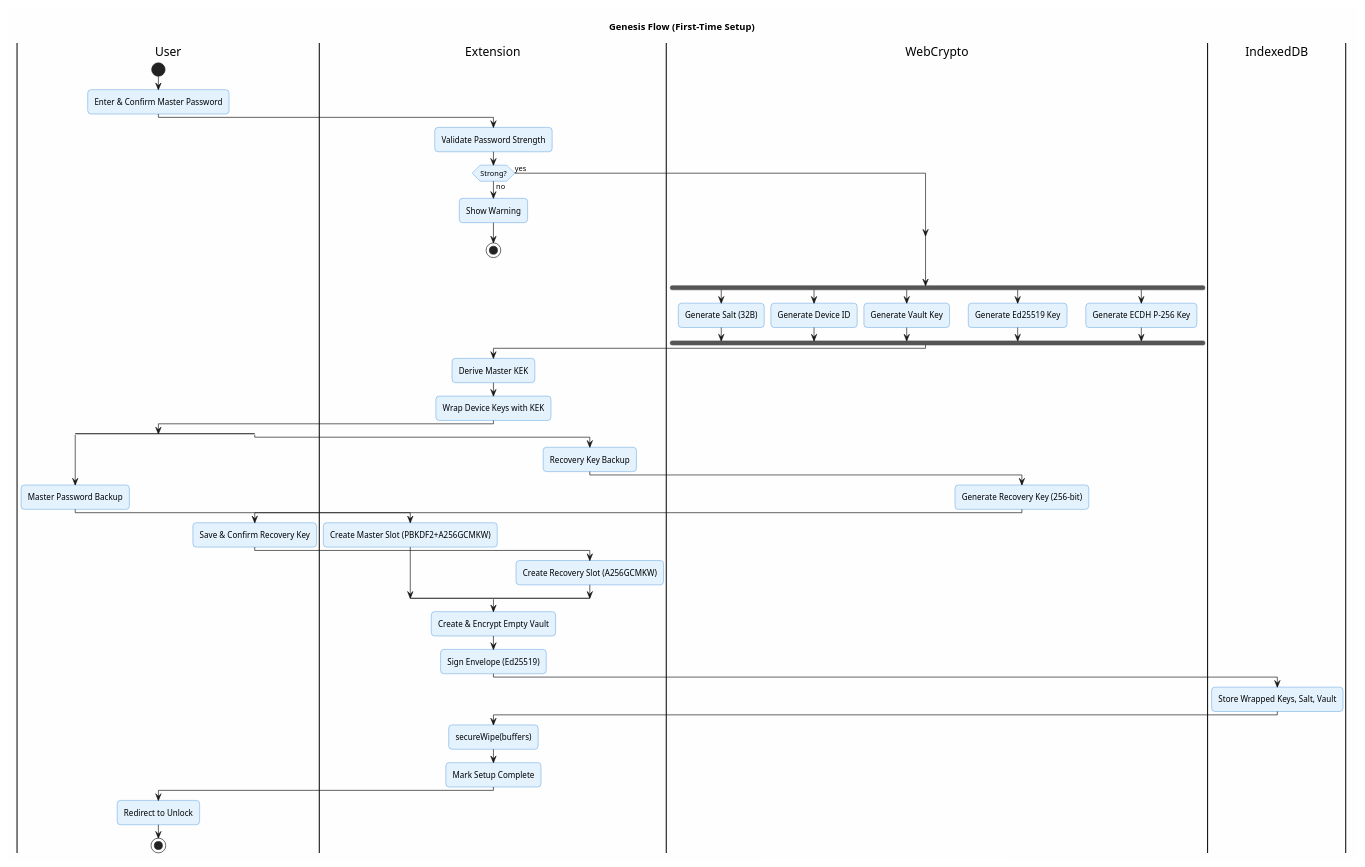
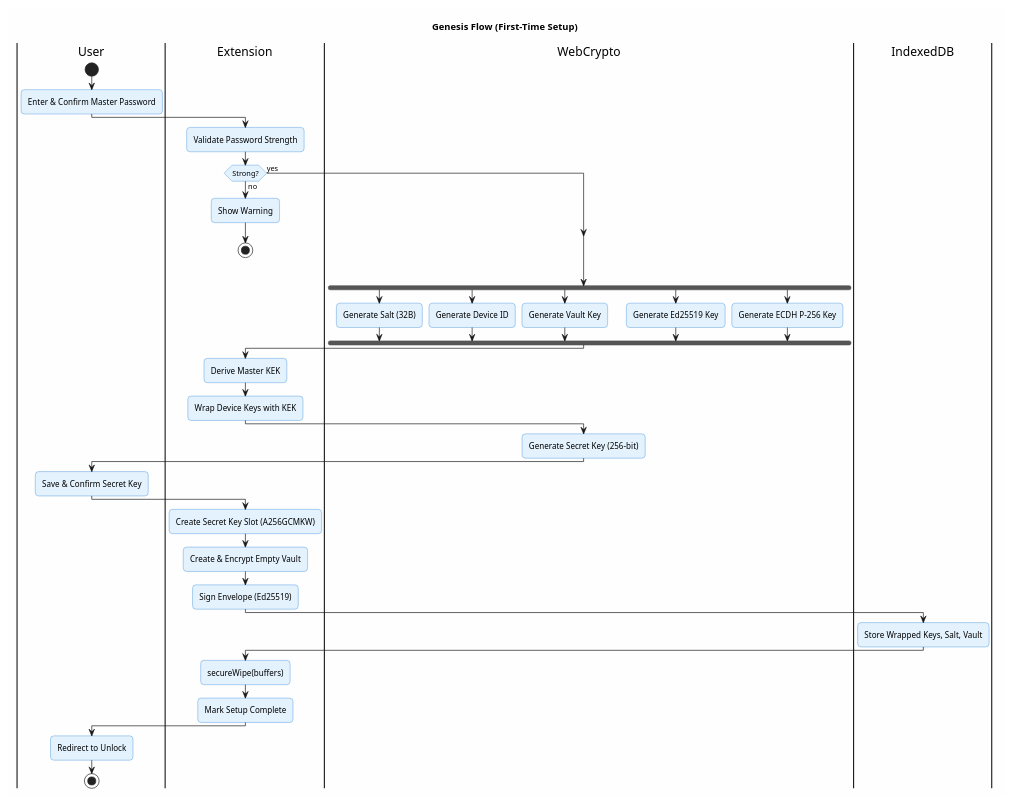
The diagram in docs/architecture/flow/03-genesis-first-time-setup.flow.puml (ArionStudio/engr-serverless-pm), drawn with PlantUML before and after one commit. The commit also changed 12 other files, not shown here.

First line of the commit message:
feat(extension): rename recovery key to secret key and add self-enrollment device flow

```diff
--- a/docs/architecture/flow/03-genesis-first-time-setup.flow.puml
+++ b/docs/architecture/flow/03-genesis-first-time-setup.flow.puml
@@ -1,72 +1,66 @@
 @startuml 03-genesis-first-time-setup
 title Genesis Flow (First-Time Setup)
 
 skinparam backgroundColor #FEFEFE
 skinparam roundcorner 10
 skinparam shadowing false
 
 skinparam activity {
     BackgroundColor #E3F2FD
     BorderColor #1976D2
 }
 
 |User|
 start
 :Enter & Confirm Master Password;
 
 |Extension|
 :Validate Password Strength;
 if (Strong?) then (yes)
 else (no)
     :Show Warning;
     stop
 endif
 
 |WebCrypto|
 fork
     :Generate Salt (32B);
 fork again
     :Generate Device ID;
 fork again
     :Generate Vault Key;
 fork again
     :Generate Ed25519 Key;
 fork again
     :Generate ECDH P-256 Key;
 end fork
 
 |Extension|
 :Derive Master KEK;
 :Wrap Device Keys with KEK;
 
+|WebCrypto|
+:Generate Secret Key (256-bit);
+
 |User|
-split
-    :Master Password Backup;
-    |Extension|
-    :Create Master Slot (PBKDF2+A256GCMKW);
-split again
-    :Recovery Key Backup;
-    |WebCrypto|
-    :Generate Recovery Key (256-bit);
-    |User|
-    :Save & Confirm Recovery Key;
-    |Extension|
-    :Create Recovery Slot (A256GCMKW);
-end split
+:Save & Confirm Secret Key;
+
+|Extension|
+:Create Secret Key Slot (A256GCMKW);
 
 |Extension|
 :Create & Encrypt Empty Vault;
 :Sign Envelope (Ed25519);
 
 |IndexedDB|
 :Store Wrapped Keys, Salt, Vault;
 
 |Extension|
 :secureWipe(buffers);
 :Mark Setup Complete;
 
 |User|
 :Redirect to Unlock;
 stop
 
 @enduml
```
